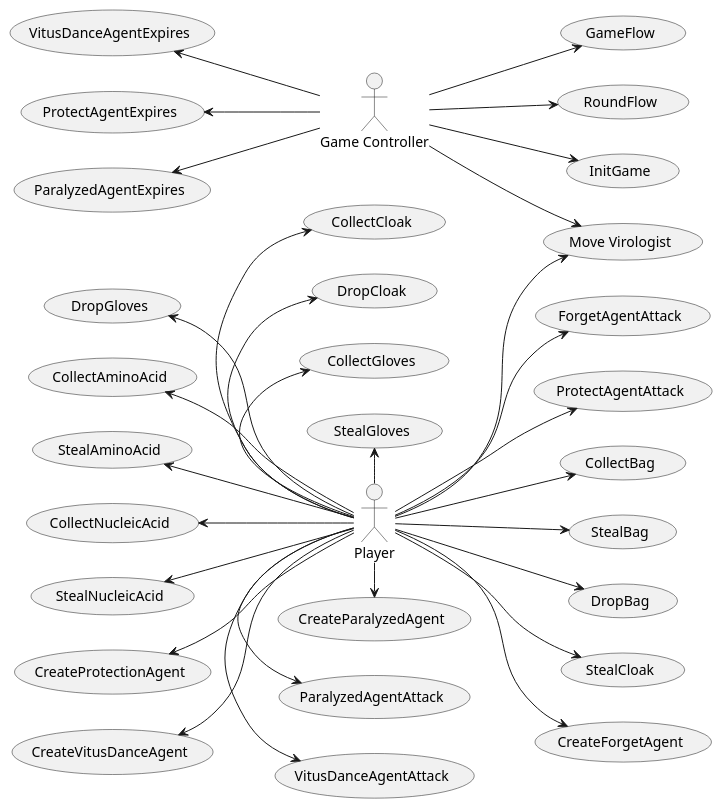
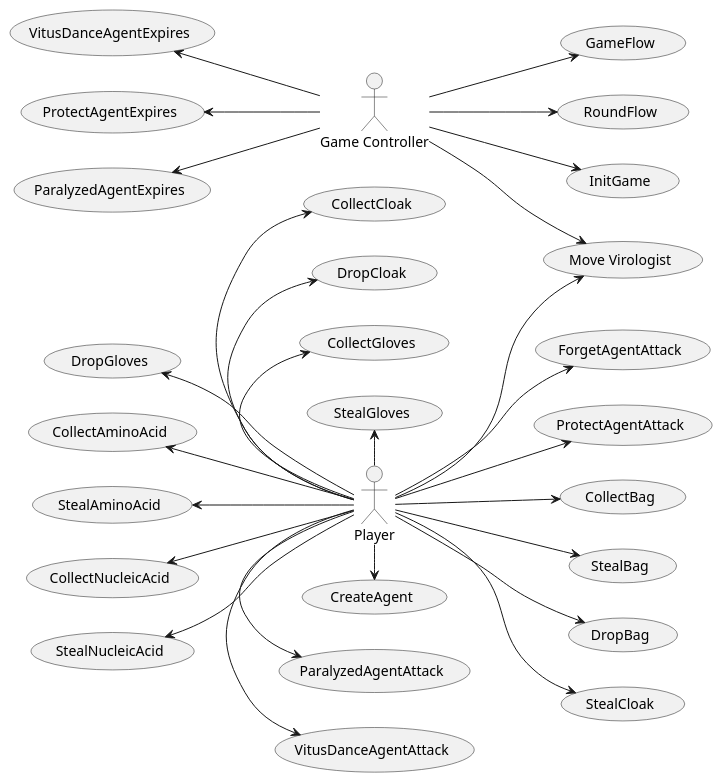
Before and after one commit to Projlab-csb/projlab-virologus: the diagram in skeleton/use-case-diagram/UseCase.puml, drawn with PlantUML. The commit also changed 4 other files, not shown here.

```diff
--- a/skeleton/use-case-diagram/UseCase.puml
+++ b/skeleton/use-case-diagram/UseCase.puml
@@ -1,41 +1,38 @@
 @startuml
 'https://plantuml.com/use-case-diagram
 left to right direction
 :Game Controller: as GameController
 
 Player as Player
 (Move Virologist) <-u- Player
 (Move Virologist) <-u- GameController
 
 (GameFlow) <-u- GameController
 (RoundFlow) <-u- GameController
 (InitGame)  <-u- GameController
 (ForgetAgentAttack) <-u- Player
 (VitusDanceAgentAttack) <-l- Player
 (VitusDanceAgentExpires) <-- GameController
 (ProtectAgentAttack) <-u- Player
 (ProtectAgentExpires) <-- GameController
 (ParalyzedAgentAttack) <-l- Player
 (ParalyzedAgentExpires) <-- GameController
 (CollectBag) <-u- Player
 (StealBag) <-u- Player
 (DropBag) <-u- Player
 (CollectCloak) <-r- Player
 (StealCloak) <-u- Player
 (DropCloak) <-r- Player
 (CollectGloves) <-r- Player
 (StealGloves) <-r- Player
 (DropGloves) <-- Player
 (CollectAminoAcid) <-- Player
 (StealAminoAcid) <-- Player
 (CollectNucleicAcid) <-- Player
 (StealNucleicAcid) <-- Player
-(CreateParalyzedAgent) <-l- Player
-(CreateForgetAgent) <-u- Player
-(CreateProtectionAgent) <-- Player
-(CreateVitusDanceAgent) <-- Player
+(CreateAgent) <-l- Player
 
 
 
 
 @enduml
```
